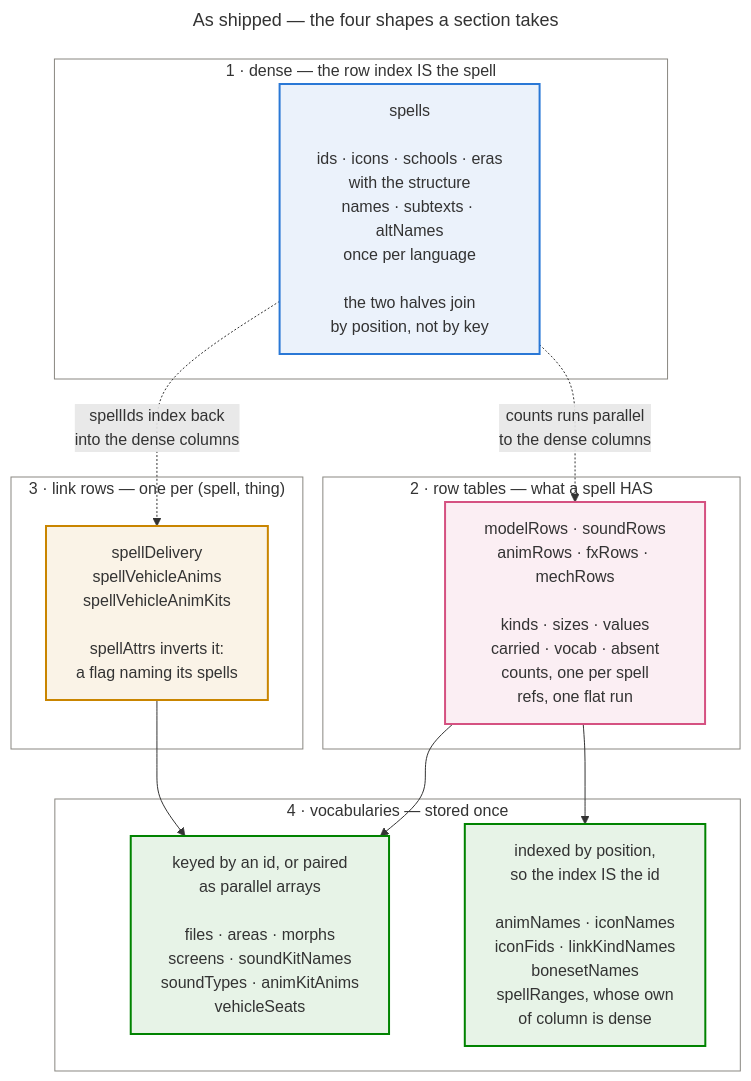
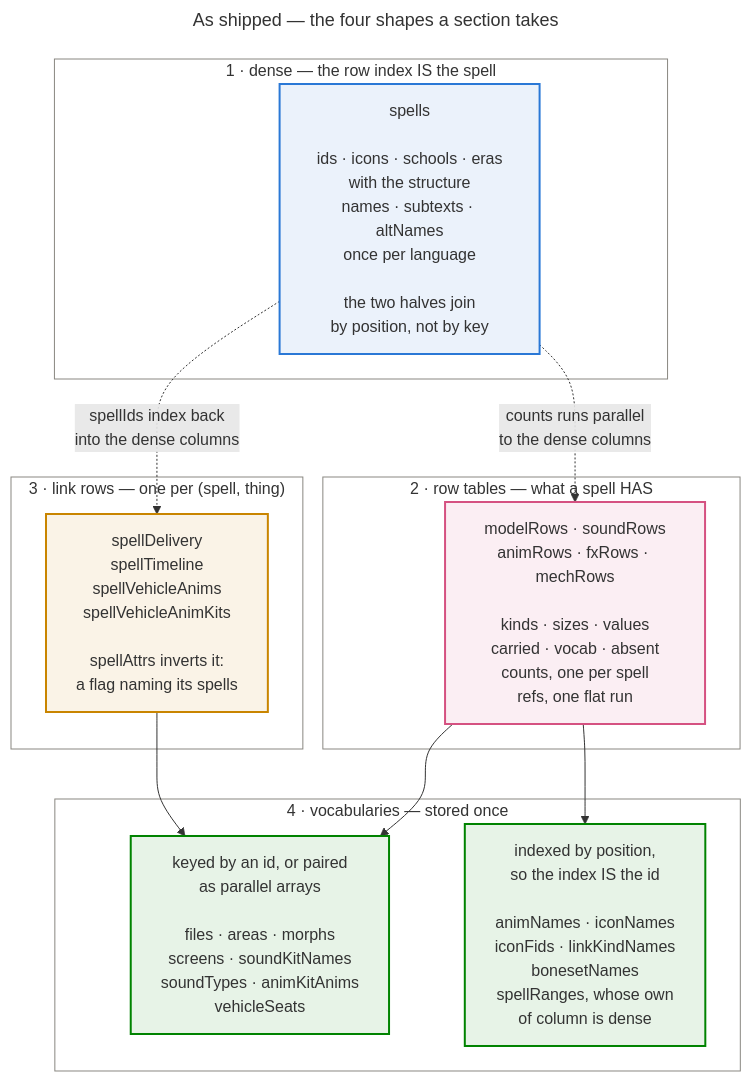
One commit to Natans8/Epsilook changed the seventh of 13 diagrams in docs/DATA_ROUTES.md. Above: the diagram before and after it, drawn with Mermaid. The commit also changed other lines of this file and 33 other files, not shown here.

````diff
--- a/docs/DATA_ROUTES.md
+++ b/docs/DATA_ROUTES.md
@@ -557,50 +557,50 @@
 ```mermaid
 ---
 title: As shipped — the four shapes a section takes
 ---
 flowchart TD
     accTitle: The pack's four section shapes
     accDescr {
       One dense section is indexed by spell, and it is split across modules so a language
       is one file rather than a second copy of every id. Five row tables pool the distinct rows a
       spell can have more than one of and reference them per spell. Four link sections carry one
       row per spell and payload. Everything else is a vocabulary stored once and pointed into,
       either keyed by an id or indexed by its own position.
     }
 
     subgraph A["1 · dense — the row index IS the spell"]
         A1["spells<br/><br/>ids · icons · schools · eras<br/>with the structure<br/>names · subtexts · altNames<br/>once per language<br/><br/>the two halves join<br/>by position, not by key"]
     end
     subgraph R["2 · row tables — what a spell HAS"]
         R1["modelRows · soundRows<br/>animRows · fxRows · mechRows<br/><br/>kinds · sizes · values<br/>carried · vocab · absent<br/>counts, one per spell<br/>refs, one flat run"]
     end
     subgraph B["3 · link rows — one per (spell, thing)"]
-        B1["spellDelivery<br/>spellVehicleAnims<br/>spellVehicleAnimKits<br/><br/>spellAttrs inverts it:<br/>a flag naming its spells"]
+        B1["spellDelivery<br/>spellTimeline<br/>spellVehicleAnims<br/>spellVehicleAnimKits<br/><br/>spellAttrs inverts it:<br/>a flag naming its spells"]
     end
     subgraph C["4 · vocabularies — stored once"]
         C1["keyed by an id, or paired<br/>as parallel arrays<br/><br/>files · areas · morphs<br/>screens · soundKitNames<br/>soundTypes · animKitAnims<br/>vehicleSeats"]
         C2["indexed by position,<br/>so the index IS the id<br/><br/>animNames · iconNames<br/>iconFids · linkKindNames<br/>bonesetNames<br/>spellRanges, whose own<br/>of column is dense"]
     end
 
     A1 -."counts runs parallel<br/>to the dense columns".-> R1
     A1 -."spellIds index back<br/>into the dense columns".-> B1
     R1 --> C1
     R1 --> C2
     B1 --> C1
 
     %% Same four validated hues as the pipeline diagram, in the same slot order;
     %% here they group section shapes rather than pipeline stages, and each
     %% subgraph title names its group so the colour is never the only signal.
     %% The groups themselves are drawn as a hairline on no fill, so the page's
     %% own background shows through whichever theme it is.
     classDef dense fill:#2a78d618,stroke:#2a78d6,stroke-width:2px
     classDef row fill:#d5518118,stroke:#d55181,stroke-width:2px
     classDef link fill:#c9850018,stroke:#c98500,stroke-width:2px
     classDef value fill:#00830018,stroke:#008300,stroke-width:2px
     classDef group fill:none,stroke:#898781,stroke-width:1px
     class A1 dense
     class R1 row
     class B1 link
     class C1,C2 value
     class A,R,B,C group
 ```
````
